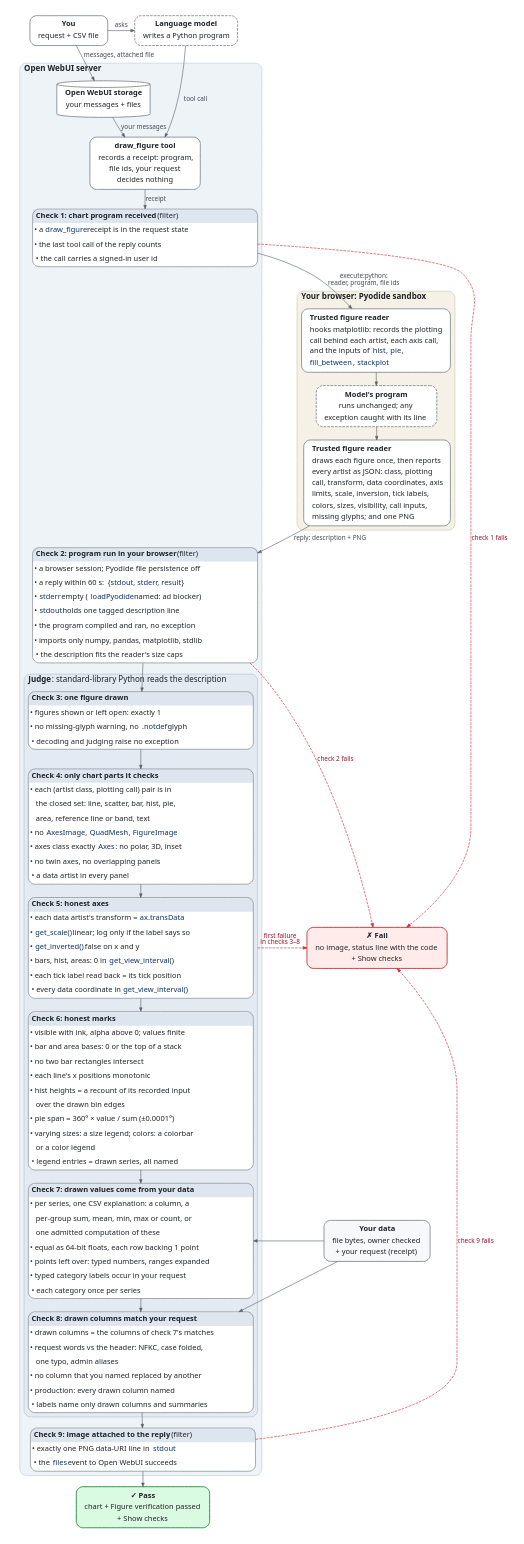
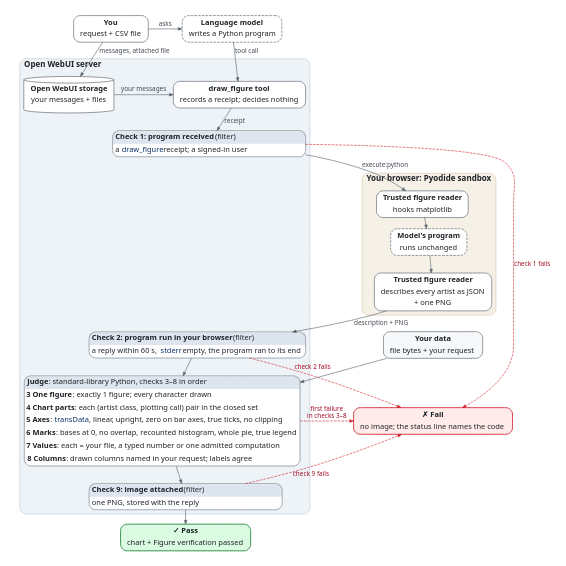
The diagram in docs/diagrams/verifier.dot (eturkes/figure-verification), drawn with Graphviz before and after one commit. The commit also changed 9 other files, not shown here.

```diff
--- a/docs/diagrams/verifier.dot
+++ b/docs/diagrams/verifier.dot
@@ -1,131 +1,74 @@
 // SPDX-License-Identifier: Apache-2.0 WITH LLVM-exception
-// How the figure verifier decides, check by check. Rendered to verifier.svg by
-// tools/render_diagrams.py. Each card = one check: what it compares, in run order.
+// How the figure verifier decides: the pipeline, one summary card per check. Rendered to
+// verifier.svg by tools/render_diagrams.py; every rule = the tables of docs/checks.md.
 digraph verifier {
   graph [fontname="Noto Sans", fontsize=15, fontcolor="#1f2328", bgcolor="white",
-         pad=0.3, nodesep=0.35, ranksep=0.32, newrank=true, compound=true];
+         pad=0.3, nodesep=0.35, ranksep=0.28, newrank=true, compound=true];
   node [fontname="Noto Sans", fontsize=14, fontcolor="#1f2328", shape=box,
         style="rounded,filled", fillcolor="white", color="#57606a", penwidth=1.2,
-        margin="0.2,0.1"];
+        margin="0.15,0.06"];
   edge [fontname="Noto Sans", fontsize=12, fontcolor="#424a53", color="#57606a",
         arrowsize=0.7, penwidth=1.1];
 
-  you [label=<<table border="0" cellborder="0" cellspacing="0" cellpadding="1"><tr><td align="center" height="21"><b>You</b></td></tr><tr><td align="center" height="21">request + CSV file</td></tr></table>>];
-  model [label=<<table border="0" cellborder="0" cellspacing="0" cellpadding="1"><tr><td align="center" height="21"><b>Language model</b></td></tr><tr><td align="center" height="21">writes a Python program</td></tr></table>>, style="rounded,dashed"];
+  you [label=<<table border="0" cellborder="0" cellspacing="0" cellpadding="1"><tr><td height="21"><b>You</b></td></tr><tr><td height="21">request + CSV file</td></tr></table>>];
+  model [label=<<table border="0" cellborder="0" cellspacing="0" cellpadding="1"><tr><td height="21"><b>Language model</b></td></tr><tr><td height="21">writes a Python program</td></tr></table>>, style="rounded,dashed"];
 
   subgraph cluster_server {
     label=<<b>Open WebUI server</b>>; labeljust=l; style="rounded,filled";
     fillcolor="#eef3f8"; color="#b6c3d1";
-    storage [label=<<table border="0" cellborder="0" cellspacing="0" cellpadding="1"><tr><td align="center" height="21"><b>Open WebUI storage</b></td></tr><tr><td align="center" height="21">your messages + files</td></tr></table>>, shape=cylinder, style=filled, margin="0.2,0.05"];
-    tool [label=<<table border="0" cellborder="0" cellspacing="0" cellpadding="1"><tr><td align="center" height="21"><b>draw_figure tool</b></td></tr><tr><td align="center" height="21">records a receipt: program,</td></tr><tr><td align="center" height="21">file ids, your request</td></tr><tr><td align="center" height="21">decides nothing</td></tr></table>>];
+    storage [label=<<table border="0" cellborder="0" cellspacing="0" cellpadding="1"><tr><td height="21"><b>Open WebUI storage</b></td></tr><tr><td height="21">your messages + files</td></tr></table>>, shape=cylinder, style=filled];
+    tool [label=<<table border="0" cellborder="0" cellspacing="0" cellpadding="1"><tr><td height="21"><b>draw_figure tool</b></td></tr><tr><td height="21">records a receipt; decides nothing</td></tr></table>>];
     c1 [shape=plain, label=<<table border="1" cellborder="0" cellspacing="0" cellpadding="2" style="rounded" color="#57606a" bgcolor="white">
-        <tr><td align="left" bgcolor="#dde5ee" cellpadding="5"><b>Check 1: chart program received</b> (filter)</td></tr>
-        <tr><td align="left" width="420" height="27">• a <font color="#0a3069">draw_figure</font> receipt is in the request state</td></tr>
-        <tr><td align="left" width="420" height="27">• the last tool call of the reply counts</td></tr>
-        <tr><td align="left" width="420" height="27" cellpadding="5">• the call carries a signed-in user id</td></tr></table>>];
+        <tr><td align="left" bgcolor="#dde5ee" cellpadding="4"><b>Check 1: program received</b> (filter)</td></tr>
+        <tr><td align="left" width="360" height="24" cellpadding="4">a <font color="#0a3069">draw_figure</font> receipt; a signed-in user</td></tr></table>>];
     c2 [shape=plain, label=<<table border="1" cellborder="0" cellspacing="0" cellpadding="2" style="rounded" color="#57606a" bgcolor="white">
-        <tr><td align="left" bgcolor="#dde5ee" cellpadding="5"><b>Check 2: program run in your browser</b> (filter)</td></tr>
-        <tr><td align="left" width="420" height="27">• a browser session; Pyodide file persistence off</td></tr>
-        <tr><td align="left" width="420" height="27">• a reply within 60 s: <font color="#0a3069">{stdout, stderr, result}</font></td></tr>
-        <tr><td align="left" width="420" height="27">• <font color="#0a3069">stderr</font> empty (<font color="#0a3069">loadPyodide</font> named: ad blocker)</td></tr>
-        <tr><td align="left" width="420" height="27">• <font color="#0a3069">stdout</font> holds one tagged description line</td></tr>
-        <tr><td align="left" width="420" height="27">• the program compiled and ran, no exception</td></tr>
-        <tr><td align="left" width="420" height="27">• imports only numpy, pandas, matplotlib, stdlib</td></tr>
-        <tr><td align="left" width="420" height="27" cellpadding="5">• the description fits the reader's size caps</td></tr></table>>];
+        <tr><td align="left" bgcolor="#dde5ee" cellpadding="4"><b>Check 2: program run in your browser</b> (filter)</td></tr>
+        <tr><td align="left" width="360" height="24" cellpadding="4">a reply within 60 s, <font color="#0a3069">stderr</font> empty, the program ran to its end</td></tr></table>>];
 
-    subgraph cluster_judge {
-      label=<<b>Judge</b>: standard-library Python reads the description>; labeljust=l;
-      style="rounded,filled"; fillcolor="#e3eaf2"; color="#a9b8c8";
-      c3 [shape=plain, label=<<table border="1" cellborder="0" cellspacing="0" cellpadding="2" style="rounded" color="#57606a" bgcolor="white">
-        <tr><td align="left" bgcolor="#dde5ee" cellpadding="5"><b>Check 3: one figure drawn</b></td></tr>
-        <tr><td align="left" width="420" height="27">• figures shown or left open: exactly 1</td></tr>
-        <tr><td align="left" width="420" height="27">• no missing-glyph warning, no <font color="#0a3069">.notdef</font> glyph</td></tr>
-        <tr><td align="left" width="420" height="27" cellpadding="5">• decoding and judging raise no exception</td></tr></table>>];
-      c4 [shape=plain, label=<<table border="1" cellborder="0" cellspacing="0" cellpadding="2" style="rounded" color="#57606a" bgcolor="white">
-        <tr><td align="left" bgcolor="#dde5ee" cellpadding="5"><b>Check 4: only chart parts it checks</b></td></tr>
-        <tr><td align="left" width="420" height="27">• each (artist class, plotting call) pair is in</td></tr>
-        <tr><td align="left" width="420" height="27">&#160;&#160;&#160;the closed set: line, scatter, bar, hist, pie,</td></tr>
-        <tr><td align="left" width="420" height="27">&#160;&#160;&#160;area, reference line or band, text</td></tr>
-        <tr><td align="left" width="420" height="27">• no <font color="#0a3069">AxesImage</font>, <font color="#0a3069">QuadMesh</font>, <font color="#0a3069">FigureImage</font></td></tr>
-        <tr><td align="left" width="420" height="27">• axes class exactly <font color="#0a3069">Axes</font>: no polar, 3D, inset</td></tr>
-        <tr><td align="left" width="420" height="27">• no twin axes, no overlapping panels</td></tr>
-        <tr><td align="left" width="420" height="27" cellpadding="5">• a data artist in every panel</td></tr></table>>];
-      c5 [shape=plain, label=<<table border="1" cellborder="0" cellspacing="0" cellpadding="2" style="rounded" color="#57606a" bgcolor="white">
-        <tr><td align="left" bgcolor="#dde5ee" cellpadding="5"><b>Check 5: honest axes</b></td></tr>
-        <tr><td align="left" width="420" height="27">• each data artist's transform = <font color="#0a3069">ax.transData</font></td></tr>
-        <tr><td align="left" width="420" height="27">• <font color="#0a3069">get_scale()</font> linear; log only if the label says so</td></tr>
-        <tr><td align="left" width="420" height="27">• <font color="#0a3069">get_inverted()</font> false on x and y</td></tr>
-        <tr><td align="left" width="420" height="27">• bars, hist, areas: 0 in <font color="#0a3069">get_view_interval()</font></td></tr>
-        <tr><td align="left" width="420" height="27">• each tick label read back = its tick position</td></tr>
-        <tr><td align="left" width="420" height="27" cellpadding="5">• every data coordinate in <font color="#0a3069">get_view_interval()</font></td></tr></table>>];
-      c6 [shape=plain, label=<<table border="1" cellborder="0" cellspacing="0" cellpadding="2" style="rounded" color="#57606a" bgcolor="white">
-        <tr><td align="left" bgcolor="#dde5ee" cellpadding="5"><b>Check 6: honest marks</b></td></tr>
-        <tr><td align="left" width="420" height="27">• visible with ink, alpha above 0; values finite</td></tr>
-        <tr><td align="left" width="420" height="27">• bar and area bases: 0 or the top of a stack</td></tr>
-        <tr><td align="left" width="420" height="27">• no two bar rectangles intersect</td></tr>
-        <tr><td align="left" width="420" height="27">• each line's x positions monotonic</td></tr>
-        <tr><td align="left" width="420" height="27">• hist heights = a recount of its recorded input</td></tr>
-        <tr><td align="left" width="420" height="27">&#160;&#160;&#160;over the drawn bin edges</td></tr>
-        <tr><td align="left" width="420" height="27">• pie span = 360° × value / sum (±0.0001°)</td></tr>
-        <tr><td align="left" width="420" height="27">• varying sizes: a size legend; colors: a colorbar</td></tr>
-        <tr><td align="left" width="420" height="27">&#160;&#160;&#160;or a color legend</td></tr>
-        <tr><td align="left" width="420" height="27" cellpadding="5">• legend entries = drawn series, all named</td></tr></table>>];
-      c7 [shape=plain, label=<<table border="1" cellborder="0" cellspacing="0" cellpadding="2" style="rounded" color="#57606a" bgcolor="white">
-        <tr><td align="left" bgcolor="#dde5ee" cellpadding="5"><b>Check 7: drawn values come from your data</b></td></tr>
-        <tr><td align="left" width="420" height="27">• per series, one CSV explanation: a column, a</td></tr>
-        <tr><td align="left" width="420" height="27">&#160;&#160;&#160;per-group sum, mean, min, max or count, or</td></tr>
-        <tr><td align="left" width="420" height="27">&#160;&#160;&#160;one admitted computation of these</td></tr>
-        <tr><td align="left" width="420" height="27">• equal as 64-bit floats, each row backing 1 point</td></tr>
-        <tr><td align="left" width="420" height="27">• points left over: typed numbers, ranges expanded</td></tr>
-        <tr><td align="left" width="420" height="27">• typed category labels occur in your request</td></tr>
-        <tr><td align="left" width="420" height="27" cellpadding="5">• each category once per series</td></tr></table>>];
-      c8 [shape=plain, label=<<table border="1" cellborder="0" cellspacing="0" cellpadding="2" style="rounded" color="#57606a" bgcolor="white">
-        <tr><td align="left" bgcolor="#dde5ee" cellpadding="5"><b>Check 8: drawn columns match your request</b></td></tr>
-        <tr><td align="left" width="420" height="27">• drawn columns = the columns of check 7's matches</td></tr>
-        <tr><td align="left" width="420" height="27">• request words vs the header: NFKC, case folded,</td></tr>
-        <tr><td align="left" width="420" height="27">&#160;&#160;&#160;one typo, admin aliases</td></tr>
-        <tr><td align="left" width="420" height="27">• no column that you named replaced by another</td></tr>
-        <tr><td align="left" width="420" height="27">• production: every drawn column named</td></tr>
-        <tr><td align="left" width="420" height="27" cellpadding="5">• labels name only drawn columns and summaries</td></tr></table>>];
-    }
+    judge [shape=plain, label=<<table border="1" cellborder="0" cellspacing="0" cellpadding="2" style="rounded" color="#57606a" bgcolor="white">
+        <tr><td align="left" bgcolor="#dde5ee" cellpadding="4"><b>Judge</b>: standard-library Python, checks 3–8 in order</td></tr>
+        <tr><td align="left" height="24"><b>3 One figure</b>: exactly 1 figure; every character drawn</td></tr>
+        <tr><td align="left" height="24"><b>4 Chart parts</b>: each (artist class, plotting call) pair in the closed set</td></tr>
+        <tr><td align="left" height="24"><b>5 Axes</b>: <font color="#0a3069">transData</font>, linear, upright, zero on bar axes, true ticks, no clipping</td></tr>
+        <tr><td align="left" height="24"><b>6 Marks</b>: bases at 0, no overlap, recounted histogram, whole pie, true legend</td></tr>
+        <tr><td align="left" height="24"><b>7 Values</b>: each = your file, a typed number or one admitted computation</td></tr>
+        <tr><td align="left" height="24" cellpadding="4"><b>8 Columns</b>: drawn columns named in your request; labels agree</td></tr></table>>];
 
     c9 [shape=plain, label=<<table border="1" cellborder="0" cellspacing="0" cellpadding="2" style="rounded" color="#57606a" bgcolor="white">
-        <tr><td align="left" bgcolor="#dde5ee" cellpadding="5"><b>Check 9: image attached to the reply</b> (filter)</td></tr>
-        <tr><td align="left" width="420" height="27">• exactly one PNG data-URI line in <font color="#0a3069">stdout</font></td></tr>
-        <tr><td align="left" width="420" height="27" cellpadding="5">• the <font color="#0a3069">files</font> event to Open WebUI succeeds</td></tr></table>>];
+        <tr><td align="left" bgcolor="#dde5ee" cellpadding="4"><b>Check 9: image attached</b> (filter)</td></tr>
+        <tr><td align="left" width="360" height="24" cellpadding="4">one PNG, stored with the reply</td></tr></table>>];
   }
 
   subgraph cluster_browser {
     label=<<b>Your browser: Pyodide sandbox</b>>; labeljust=l; style="rounded,filled";
     fillcolor="#f6f1e7"; color="#cdbf9f";
-    hook [label=<<table border="0" cellborder="0" cellspacing="0" cellpadding="1"><tr><td align="left" height="21"><b>Trusted figure reader</b></td></tr><tr><td align="left" height="21">hooks matplotlib: records the plotting</td></tr><tr><td align="left" height="21">call behind each artist, each axis call,</td></tr><tr><td align="left" height="21">and the inputs of <font color="#0a3069">hist</font>, <font color="#0a3069">pie</font>,</td></tr><tr><td align="left" height="21"><font color="#0a3069">fill_between</font>, <font color="#0a3069">stackplot</font></td></tr></table>>];
-    program [label=<<table border="0" cellborder="0" cellspacing="0" cellpadding="1"><tr><td align="center" height="21"><b>Model's program</b></td></tr><tr><td align="center" height="21">runs unchanged; any</td></tr><tr><td align="center" height="21">exception caught with its line</td></tr></table>>, style="rounded,dashed,filled"];
-    describe [label=<<table border="0" cellborder="0" cellspacing="0" cellpadding="1"><tr><td align="left" height="21"><b>Trusted figure reader</b></td></tr><tr><td align="left" height="21">draws each figure once, then reports</td></tr><tr><td align="left" height="21">every artist as JSON: class, plotting</td></tr><tr><td align="left" height="21">call, transform, data coordinates, axis</td></tr><tr><td align="left" height="21">limits, scale, inversion, tick labels,</td></tr><tr><td align="left" height="21">colors, sizes, visibility, call inputs,</td></tr><tr><td align="left" height="21">missing glyphs; and one PNG</td></tr></table>>];
+    hook [label=<<table border="0" cellborder="0" cellspacing="0" cellpadding="1"><tr><td height="21"><b>Trusted figure reader</b></td></tr><tr><td height="21">hooks matplotlib</td></tr></table>>];
+    program [label=<<table border="0" cellborder="0" cellspacing="0" cellpadding="1"><tr><td height="21"><b>Model's program</b></td></tr><tr><td height="21">runs unchanged</td></tr></table>>, style="rounded,dashed,filled"];
+    describe [label=<<table border="0" cellborder="0" cellspacing="0" cellpadding="1"><tr><td height="21"><b>Trusted figure reader</b></td></tr><tr><td height="21">describes every artist as JSON</td></tr><tr><td height="21">+ one PNG</td></tr></table>>];
   }
 
-  data [label=<<table border="0" cellborder="0" cellspacing="0" cellpadding="1"><tr><td align="center" height="21"><b>Your data</b></td></tr><tr><td align="center" height="21">file bytes, owner checked</td></tr><tr><td align="center" height="21">+ your request (receipt)</td></tr></table>>, fillcolor="#f6f8fa"];
-  pass [label=<<table border="0" cellborder="0" cellspacing="0" cellpadding="1"><tr><td align="center" height="21"><b>✓ Pass</b></td></tr><tr><td align="center" height="21">chart + Figure verification passed</td></tr><tr><td align="center" height="21">+ Show checks</td></tr></table>>, color="#1a7f37", fillcolor="#dafbe1", penwidth=1.6];
-  fail [label=<<table border="0" cellborder="0" cellspacing="0" cellpadding="1"><tr><td align="center" height="21"><b>✗ Fail</b></td></tr><tr><td align="center" height="21">no image, status line with the code</td></tr><tr><td align="center" height="21">+ Show checks</td></tr></table>>, color="#cf222e", fillcolor="#ffebe9", penwidth=1.6];
+  data [label=<<table border="0" cellborder="0" cellspacing="0" cellpadding="1"><tr><td height="21"><b>Your data</b></td></tr><tr><td height="21">file bytes + your request</td></tr></table>>, fillcolor="#f6f8fa"];
+  pass [label=<<table border="0" cellborder="0" cellspacing="0" cellpadding="1"><tr><td height="21"><b>✓ Pass</b></td></tr><tr><td height="21">chart + Figure verification passed</td></tr></table>>, color="#1a7f37", fillcolor="#dafbe1", penwidth=1.6];
+  fail [label=<<table border="0" cellborder="0" cellspacing="0" cellpadding="1"><tr><td height="21"><b>✗ Fail</b></td></tr><tr><td height="21">no image; the status line names the code</td></tr></table>>, color="#cf222e", fillcolor="#ffebe9", penwidth=1.6];
 
   { rank=same; you; model; }
-  { rank=same; c7; data; }
-  { rank=same; c5; fail; }
+  { rank=same; storage; tool; }
+  { rank=same; judge; fail; }
 
   you -> model [label="asks"];
   you -> storage [label="messages, attached file"];
   model -> tool [label="tool call"];
   storage -> tool [label="your messages"];
   tool -> c1 [label="receipt"];
-  c1 -> hook [label="execute:python:\nreader, program, file ids"];
+  c1 -> hook [label="execute:python"];
   hook -> program -> describe;
-  describe -> c2 [label="reply: description + PNG"];
-  c2 -> c3 -> c4 -> c5 -> c6 -> c7 -> c8 -> c9 -> pass;
-  data -> c7;
-  describe -> fail -> data [style=invis, weight=8];
-  data -> c8;
+  describe -> c2 [label="description + PNG"];
+  c2 -> judge -> c9 -> pass;
+  data -> judge;
+  describe -> data -> fail [style=invis, weight=8];
   edge [color="#cf222e", fontcolor="#a40e26", style=dashed];
   c1 -> fail [label="check 1 fails"];
   c2 -> fail [label="check 2 fails"];
-  c5 -> fail [label="first failure\nin checks 3–8", ltail=cluster_judge];
+  judge -> fail [label="first failure\nin checks 3–8"];
   c9 -> fail [label="check 9 fails"];
 }
```
